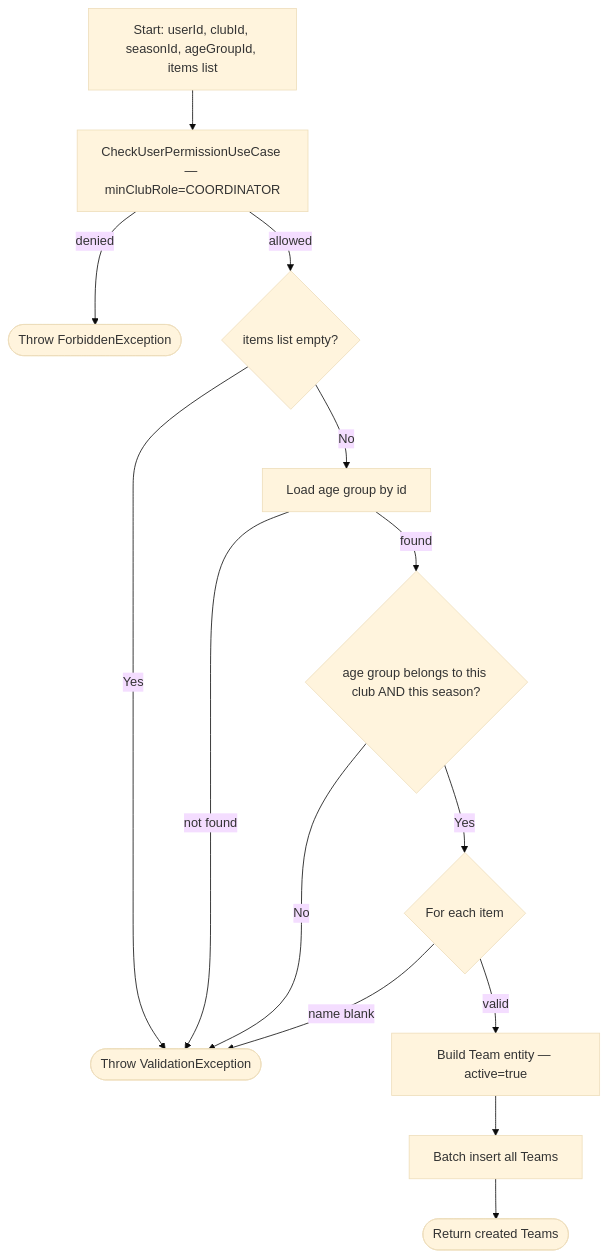
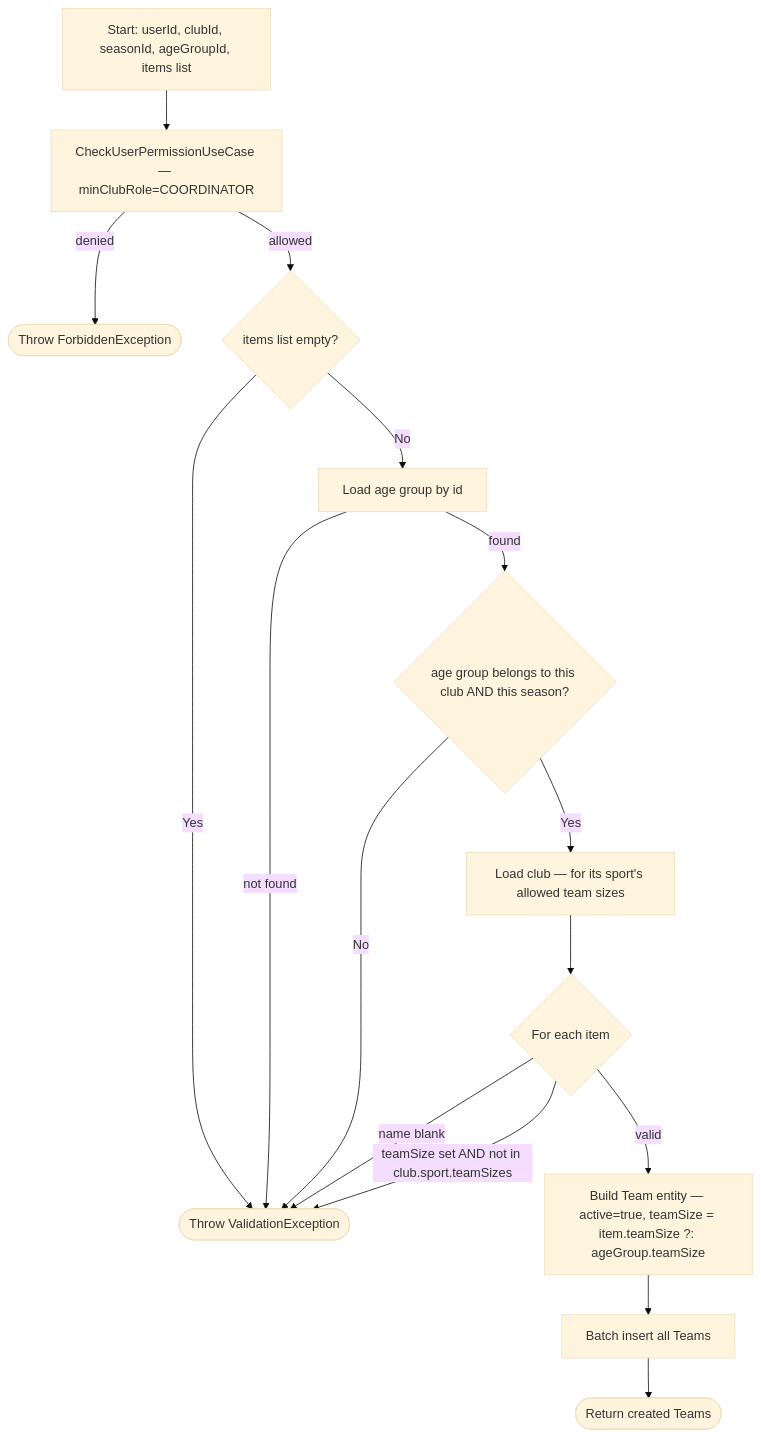
Diagram 21 of 42 in PROCESS_FLOWS.md (ricardofrango/squadify), drawn with Mermaid (base theme) before and after one commit. The commit also changed other lines of this file and 19 other files, not shown here.

````diff
--- a/PROCESS_FLOWS.md
+++ b/PROCESS_FLOWS.md
@@ -395,16 +404,18 @@
 ```mermaid
 graph TD
     A[Start: userId, clubId, seasonId, ageGroupId, items list] --> B[CheckUserPermissionUseCase — minClubRole=COORDINATOR]
     B -- denied --> F(["Throw ForbiddenException"])
     B -- allowed --> C{items list empty?}
     C -- Yes --> V(["Throw ValidationException"])
     C -- No --> D[Load age group by id]
     D -- not found --> V
     D -- found --> E{"age group belongs to this club AND this season?"}
     E -- No --> V
-    E -- Yes --> G{For each item}
+    E -- Yes --> E2[Load club — for its sport's allowed team sizes]
+    E2 --> G{For each item}
     G -- name blank --> V
-    G -- valid --> H[Build Team entity — active=true]
+    G -- teamSize set AND not in club.sport.teamSizes --> V
+    G -- valid --> H["Build Team entity — active=true, teamSize = item.teamSize ?: ageGroup.teamSize"]
     H --> I[Batch insert all Teams]
     I --> Z(["Return created Teams"])
 ```
````
